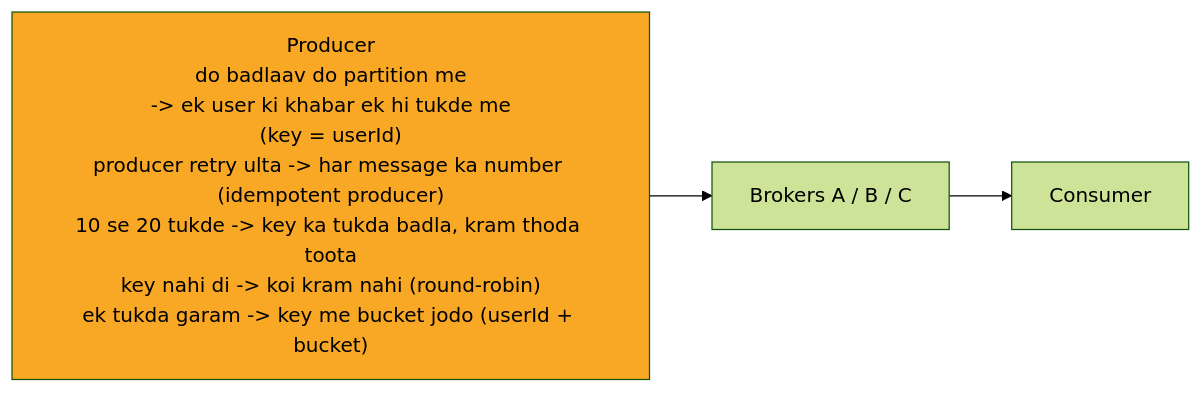
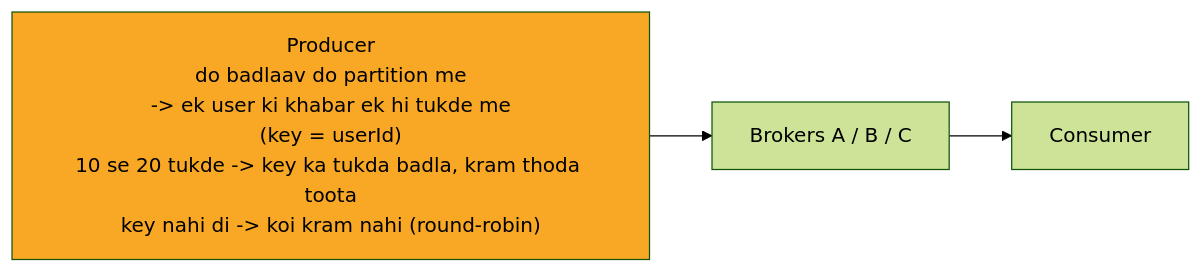
The fourth of 12 diagrams in 04_HLD/SYSTEM_DESIGNS/12_message_queue_kafka/12_message_queue_kafka.md (ArpanMaheshwari144/Prep), drawn with Mermaid (forest theme) before and after one commit. The commit also changed other lines of this file and 13 other files, not shown here.

````diff
--- a/04_HLD/SYSTEM_DESIGNS/12_message_queue_kafka/12_message_queue_kafka.md
+++ b/04_HLD/SYSTEM_DESIGNS/12_message_queue_kafka/12_message_queue_kafka.md
@@ -149,10 +149,10 @@
 ```mermaid
 %%{init: {"flowchart": {"wrappingWidth": 450}}}%%
 flowchart LR
-    n_P["Producer<br/>do badlaav do partition me<br/>-> ek user ki khabar ek hi tukde me<br/>(key = userId)<br/>producer retry ulta -> har message ka number (idempotent producer)<br/>10 se 20 tukde -> key ka tukda badla, kram thoda toota<br/>key nahi di -> koi kram nahi (round-robin)<br/>ek tukda garam -> key me bucket jodo (userId + bucket)"]
+    n_P["Producer<br/>do badlaav do partition me<br/>-> ek user ki khabar ek hi tukde me<br/>(key = userId)<br/>10 se 20 tukde -> key ka tukda badla, kram thoda toota<br/>key nahi di -> koi kram nahi (round-robin)"]
     n_B["Brokers A / B / C"]
     n_C["Consumer"]
     n_P --> n_B
     n_B --> n_C
     style n_P fill:#f9a825,color:#000
 ```
````
